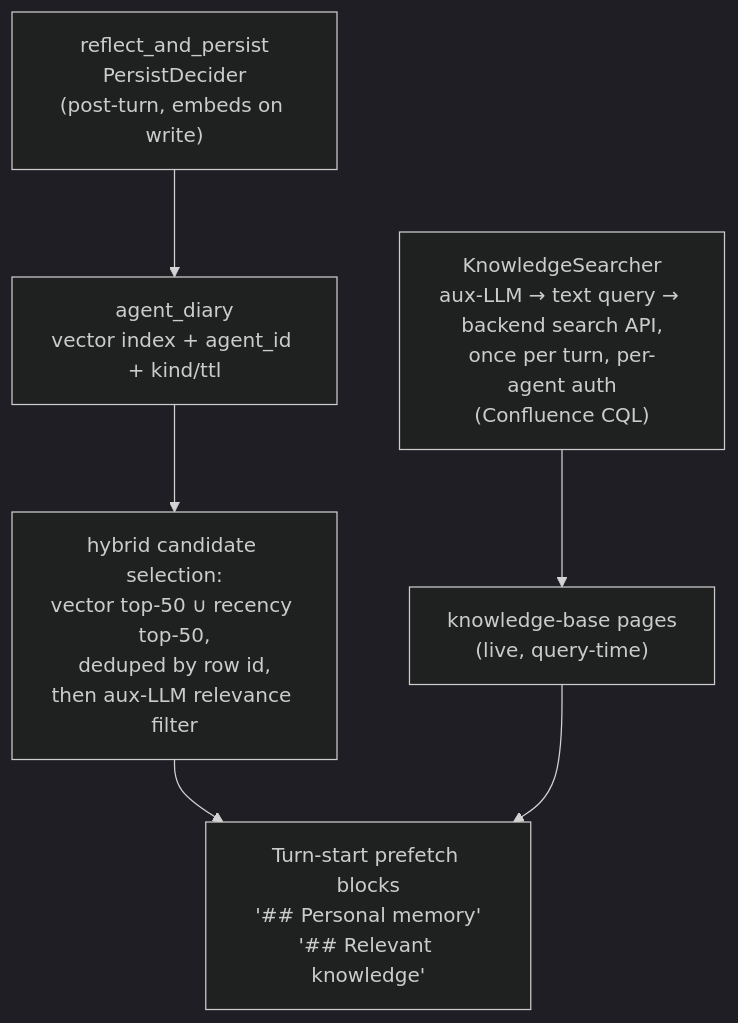
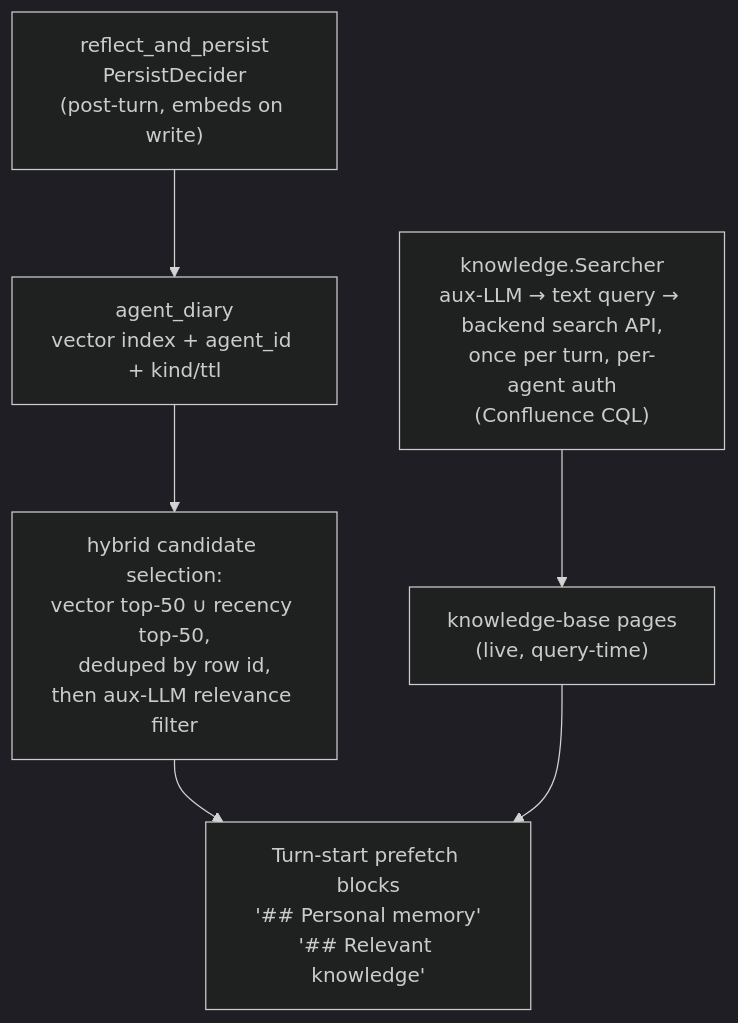
One commit to crewlet/crewlet changed the diagram in docs/concepts/knowledge-system.md. Above: the diagram before and after it, drawn with Mermaid (dark theme). The commit also changed other lines of this file, not shown here.

First line of the commit message:
docs(concepts): describe the knowledge seam from the Go searcher

````diff
--- a/docs/concepts/knowledge-system.md
+++ b/docs/concepts/knowledge-system.md
@@ -14,11 +14,11 @@
 ```mermaid
 flowchart TD
     RP["reflect_and_persist<br/>PersistDecider<br/>(post-turn, embeds on write)"]
     DIARY["agent_diary<br/>vector index + agent_id + kind/ttl"]
     SEL["hybrid candidate selection:<br/>vector top-50 ∪ recency top-50,<br/>deduped by row id,<br/>then aux-LLM relevance filter"]
     PROMPT["Turn-start prefetch blocks<br/>'## Personal memory'<br/>'## Relevant knowledge'"]
     KB["knowledge-base pages<br/>(live, query-time)"]
-    KS["KnowledgeSearcher<br/>aux-LLM → text query → backend search API,<br/>once per turn, per-agent auth<br/>(Confluence CQL)"]
+    KS["knowledge.Searcher<br/>aux-LLM → text query → backend search API,<br/>once per turn, per-agent auth<br/>(Confluence CQL)"]
     RP --> DIARY --> SEL --> PROMPT
     KS --> KB --> PROMPT
 ```
````
